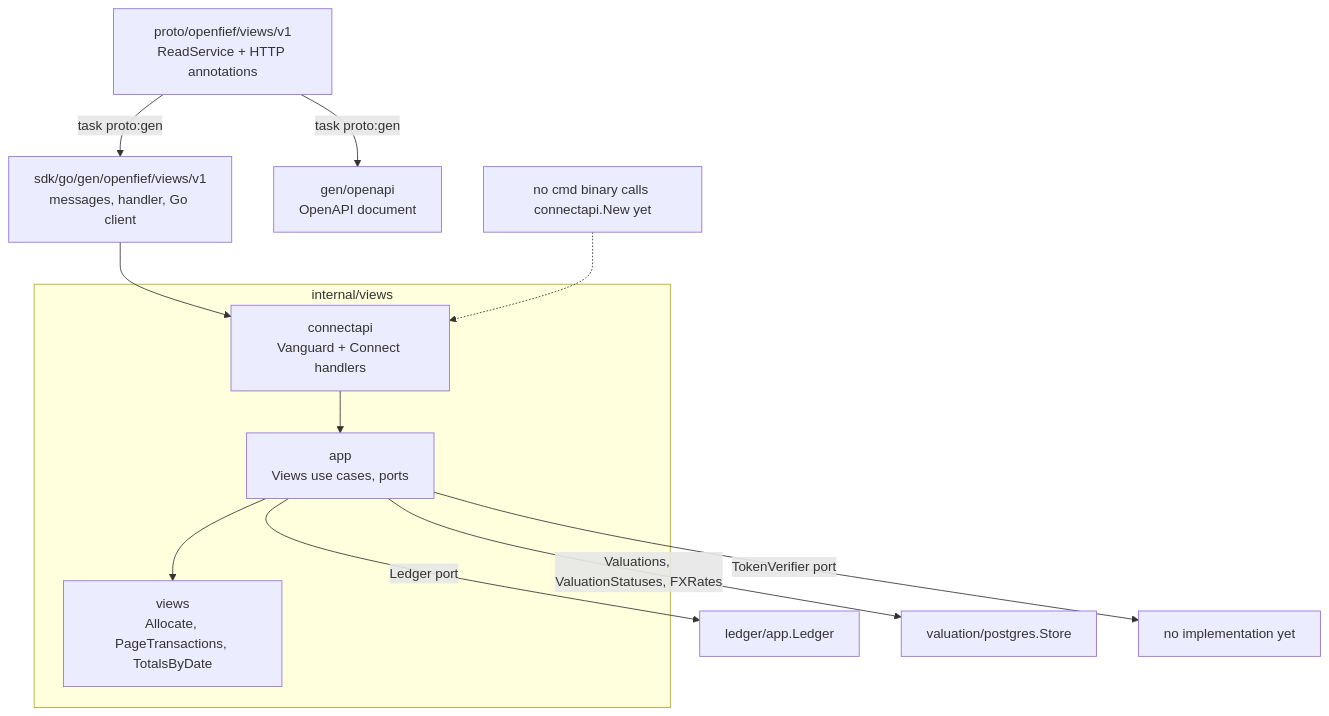
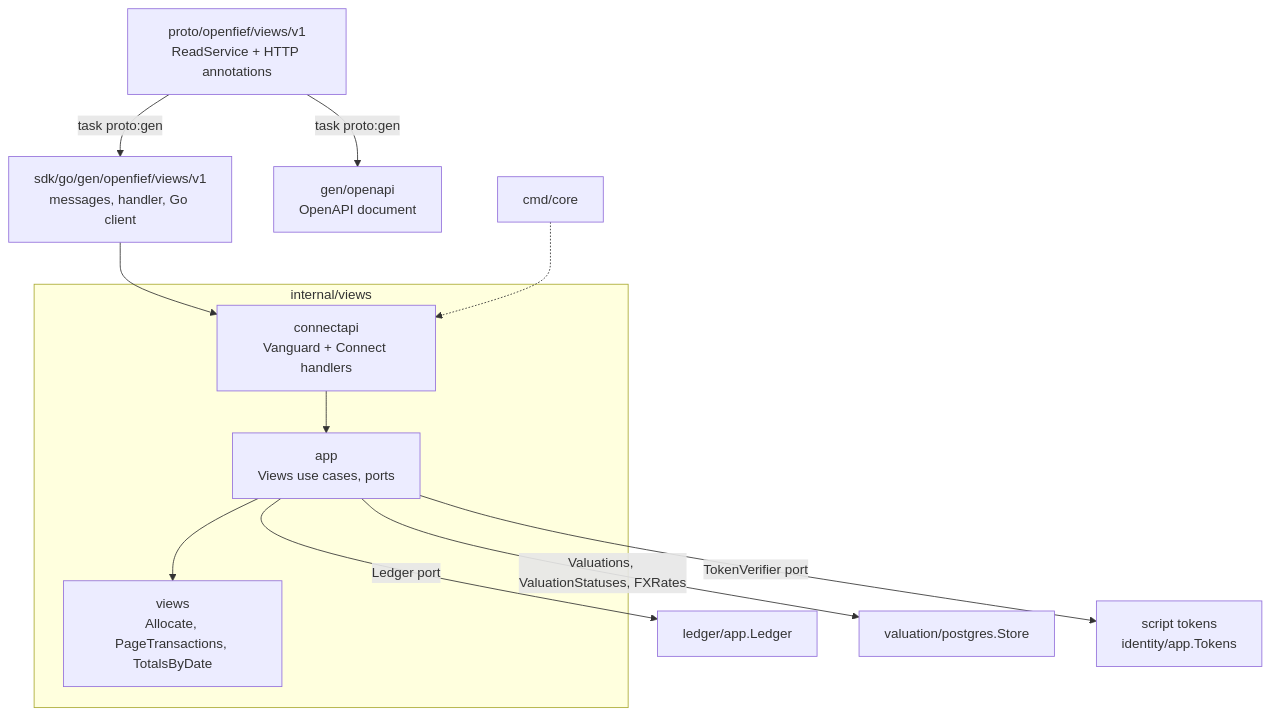
The first of 3 diagrams in docs/concepts/read-api.md (arkadiuss/openfief), drawn with Mermaid before and after one commit. The commit also changed other lines of this file and 103 other files, not shown here.

````diff
--- a/docs/concepts/read-api.md
+++ b/docs/concepts/read-api.md
@@ -61,17 +61,17 @@
 ```mermaid
 flowchart TB
   proto["proto/openfief/views/v1<br/>ReadService + HTTP annotations"] -- "task proto:gen" --> gen["sdk/go/gen/openfief/views/v1<br/>messages, handler, Go client"]
   proto -- "task proto:gen" --> oas["gen/openapi<br/>OpenAPI document"]
   subgraph views["internal/views"]
     connectapi["connectapi<br/>Vanguard + Connect handlers"]
     app["app<br/>Views use cases, ports"]
     pure["views<br/>Allocate, PageTransactions, TotalsByDate"]
   end
   gen --> connectapi
   connectapi --> app
   app --> pure
   app -- "Ledger port" --> ledger["ledger/app.Ledger"]
   app -- "Valuations, ValuationStatuses, FXRates" --> vstore["valuation/postgres.Store"]
-  app -- "TokenVerifier port" --> tokens["no implementation yet"]
-  bin["no cmd binary calls connectapi.New yet"] -.-> connectapi
+  app -- "TokenVerifier port" --> tokens["script tokens<br/>identity/app.Tokens"]
+  bin["cmd/core"] -.-> connectapi
 ```
````
